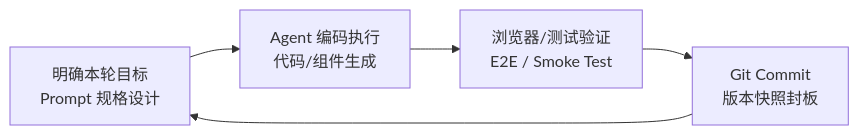
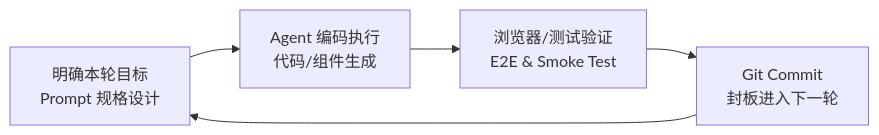
One commit to High-Logic/agentic-task-board changed the diagram in README.md. Above: the diagram before and after it, drawn with Mermaid. The commit also changed other lines of this file, not shown here.

````diff
--- a/README.md
+++ b/README.md
@@ -75,7 +97,7 @@
 ```mermaid
 graph LR
     A[明确本轮目标<br/>Prompt 规格设计] --> B[Agent 编码执行<br/>代码/组件生成]
-    B --> C[浏览器/测试验证<br/>E2E / Smoke Test]
-    C --> D[Git Commit<br/>版本快照封板]
+    B --> C[浏览器/测试验证<br/>E2E & Smoke Test]
+    C --> D[Git Commit<br/>封板进入下一轮]
     D --> A
 ```
````
